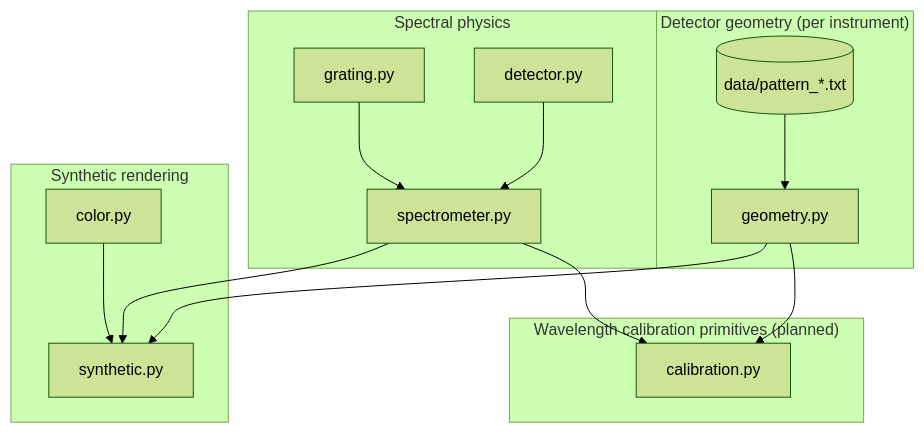
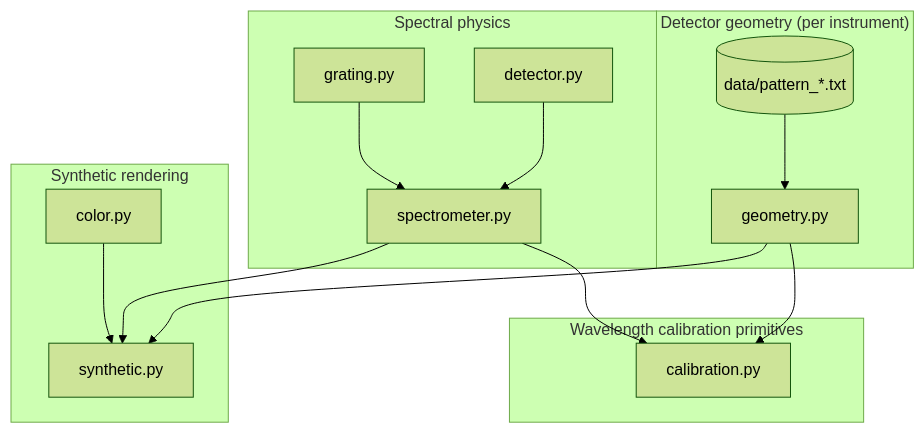
Before and after one commit to queezz/echelle-optics: the diagram in docs/guide/architecture.md, drawn with Mermaid (forest theme). The commit also changed other lines of this file and 14 other files, not shown here.

````diff
--- a/docs/guide/architecture.md
+++ b/docs/guide/architecture.md
@@ -27,28 +28,28 @@
 ```mermaid
 flowchart TB
     subgraph physics["Spectral physics"]
         G[grating.py]
         D[detector.py]
         S[spectrometer.py]
     end
     subgraph geometry_layer["Detector geometry (per instrument)"]
         GEO[geometry.py]
         PAT[(data/pattern_*.txt)]
     end
-    subgraph cal["Wavelength calibration primitives (planned)"]
+    subgraph cal["Wavelength calibration primitives"]
         WS[calibration.py]
     end
     subgraph render["Synthetic rendering"]
         COL[color.py]
         SYN[synthetic.py]
     end
 
     G --> S
     D --> S
     S --> SYN
     S --> WS
     GEO --> SYN
     GEO --> WS
     PAT --> GEO
     COL --> SYN
 ```
````
